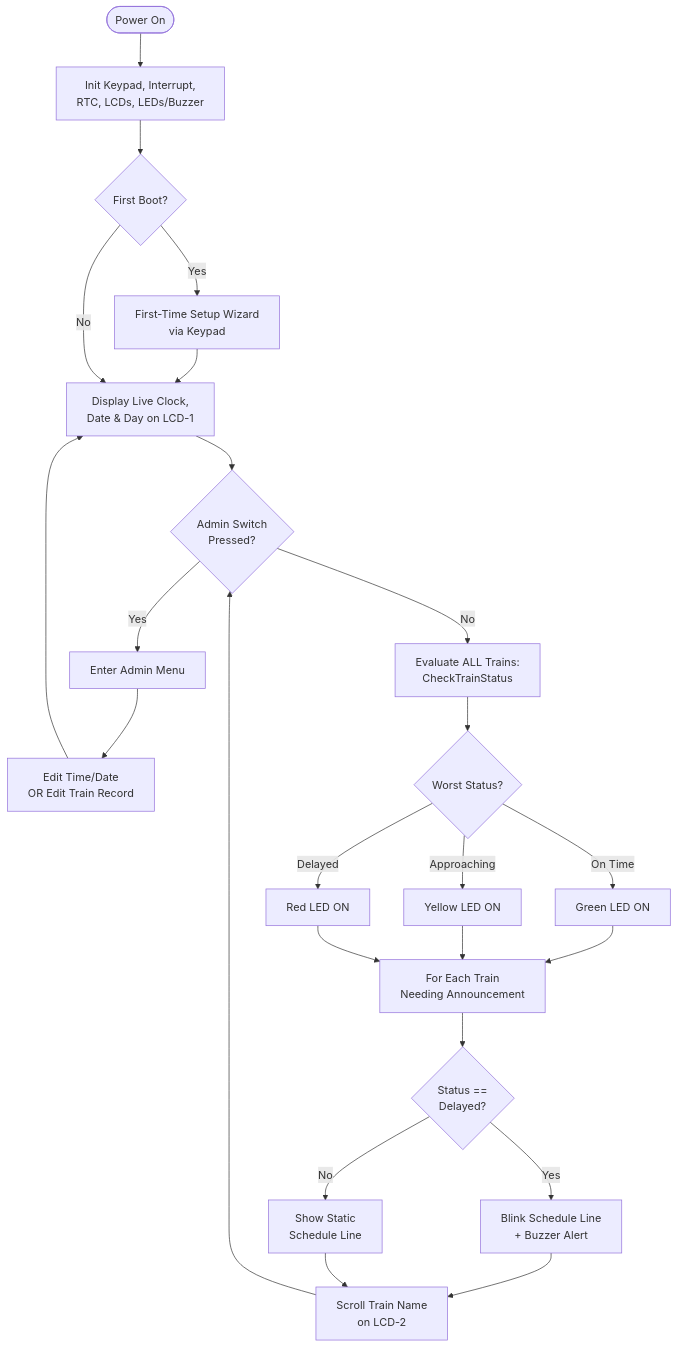
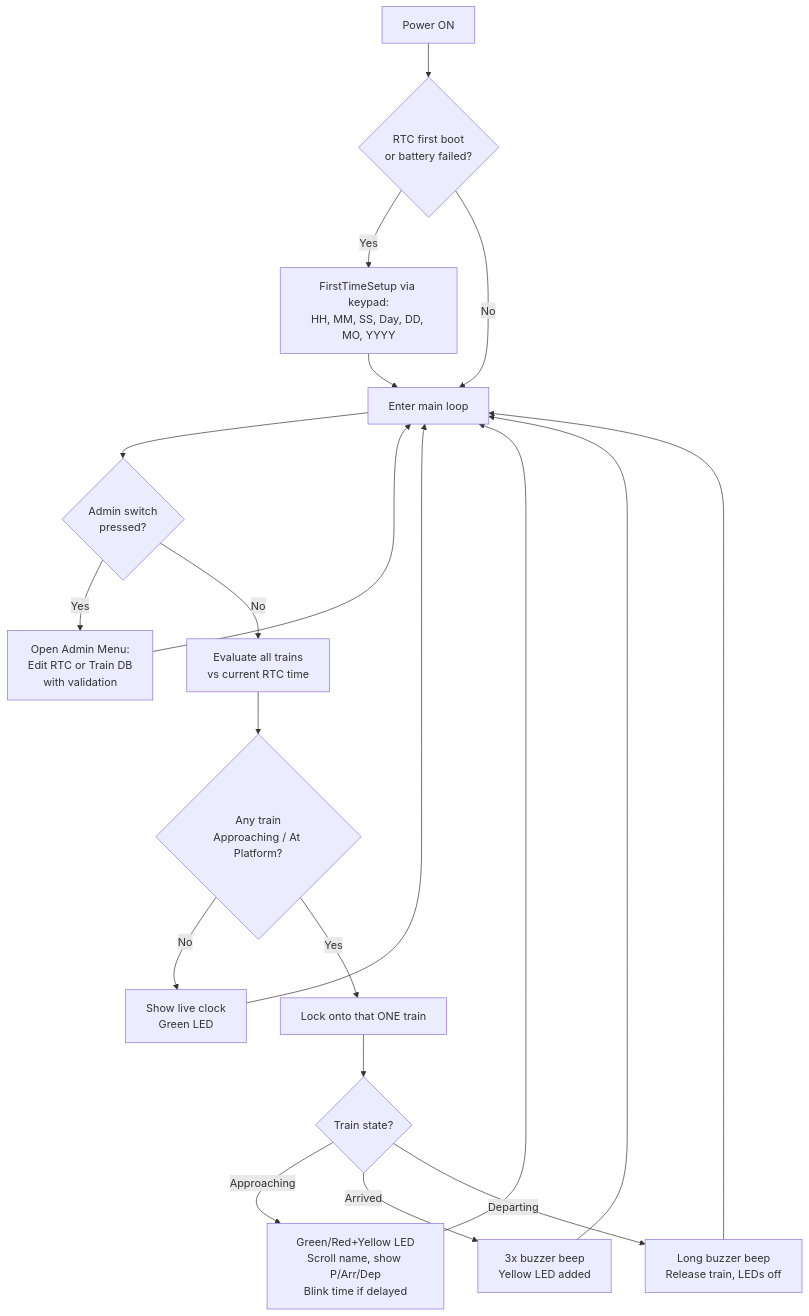
One commit to ManthanNalbilwar/Smart-Railway-Platform-Clock-Announcement-Controller changed the second of 2 diagrams in README.md. Above: the diagram before and after it, drawn with Mermaid. The commit also changed other lines of this file, not shown here.

````diff
--- a/README.md
+++ b/README.md
@@ -136,26 +149,22 @@
 ```mermaid
 flowchart TD
-    A([Power On]) --> B[Init Keypad, Interrupt,\nRTC, LCDs, LEDs/Buzzer]
-    B --> C{First Boot?}
-    C -- Yes --> D[First-Time Setup Wizard\nvia Keypad]
-    D --> E
-    C -- No --> E[Display Live Clock,\nDate & Day on LCD-1]
-    E --> F{Admin Switch\nPressed?}
-    F -- Yes --> G[Enter Admin Menu]
-    G --> G1[Edit Time/Date\nOR Edit Train Record]
-    G1 --> E
-    F -- No --> H[Evaluate ALL Trains:\nCheckTrainStatus]
-    H --> I{Worst Status?}
-    I -- On Time --> J[Green LED ON]
-    I -- Approaching --> K[Yellow LED ON]
-    I -- Delayed --> L[Red LED ON]
-    J --> M[For Each Train\nNeeding Announcement]
-    K --> M
-    L --> M
-    M --> N{Status ==\nDelayed?}
-    N -- Yes --> O[Blink Schedule Line\n+ Buzzer Alert]
-    N -- No --> P[Show Static\nSchedule Line]
-    O --> Q[Scroll Train Name\non LCD-2]
-    P --> Q
-    Q --> F
+    A[Power ON] --> B{RTC first boot<br/>or battery failed?}
+    B -- Yes --> C[FirstTimeSetup via keypad:<br/>HH, MM, SS, Day, DD, MO, YYYY]
+    B -- No --> D
+    C --> D[Enter main loop]
+    D --> E{Admin switch<br/>pressed?}
+    E -- Yes --> F[Open Admin Menu:<br/>Edit RTC or Train DB<br/>with validation]
+    F --> D
+    E -- No --> G[Evaluate all trains<br/>vs current RTC time]
+    G --> H{Any train<br/>Approaching / At Platform?}
+    H -- No --> I[Show live clock<br/>Green LED]
+    I --> D
+    H -- Yes --> J[Lock onto that ONE train]
+    J --> K{Train state?}
+    K -- Approaching --> L[Green/Red+Yellow LED<br/>Scroll name, show P/Arr/Dep<br/>Blink time if delayed]
+    K -- Arrived --> M[3x buzzer beep<br/>Yellow LED added]
+    K -- Departing --> N[Long buzzer beep<br/>Release train, LEDs off]
+    L --> D
+    M --> D
+    N --> D
 ```
````
